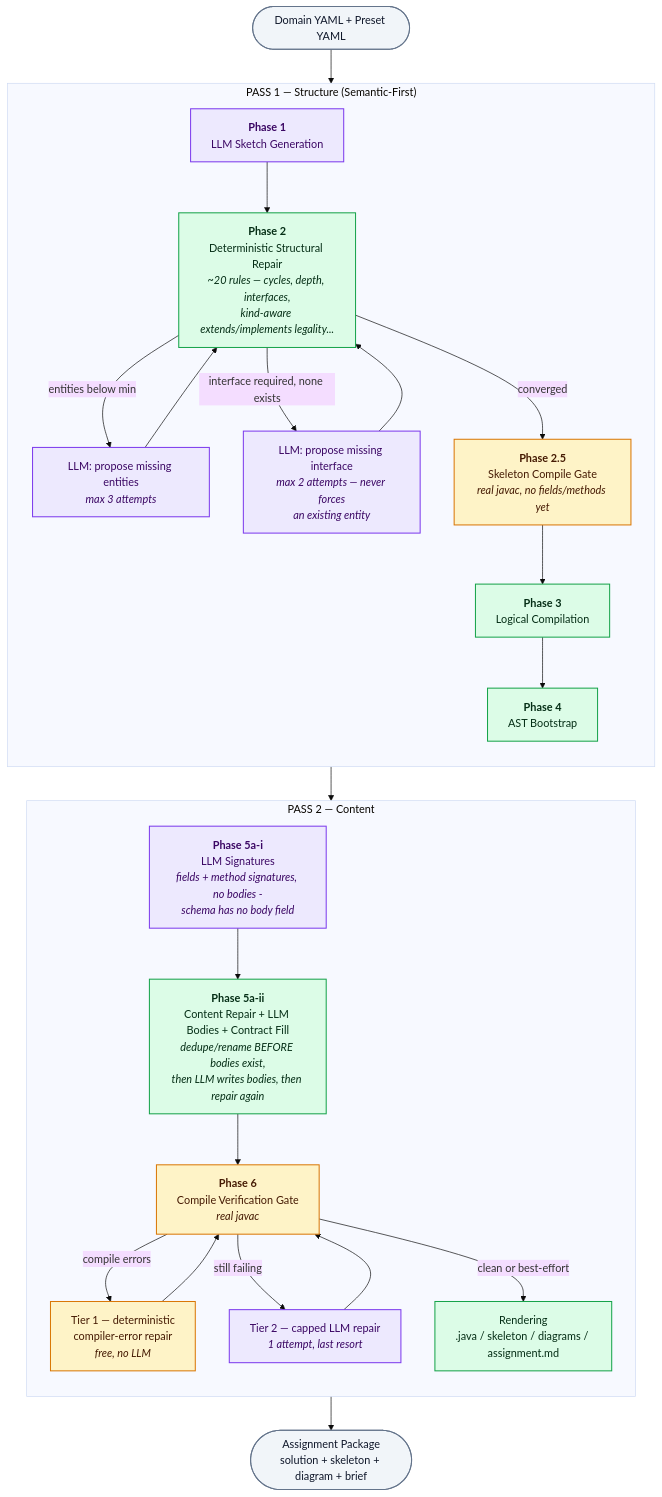
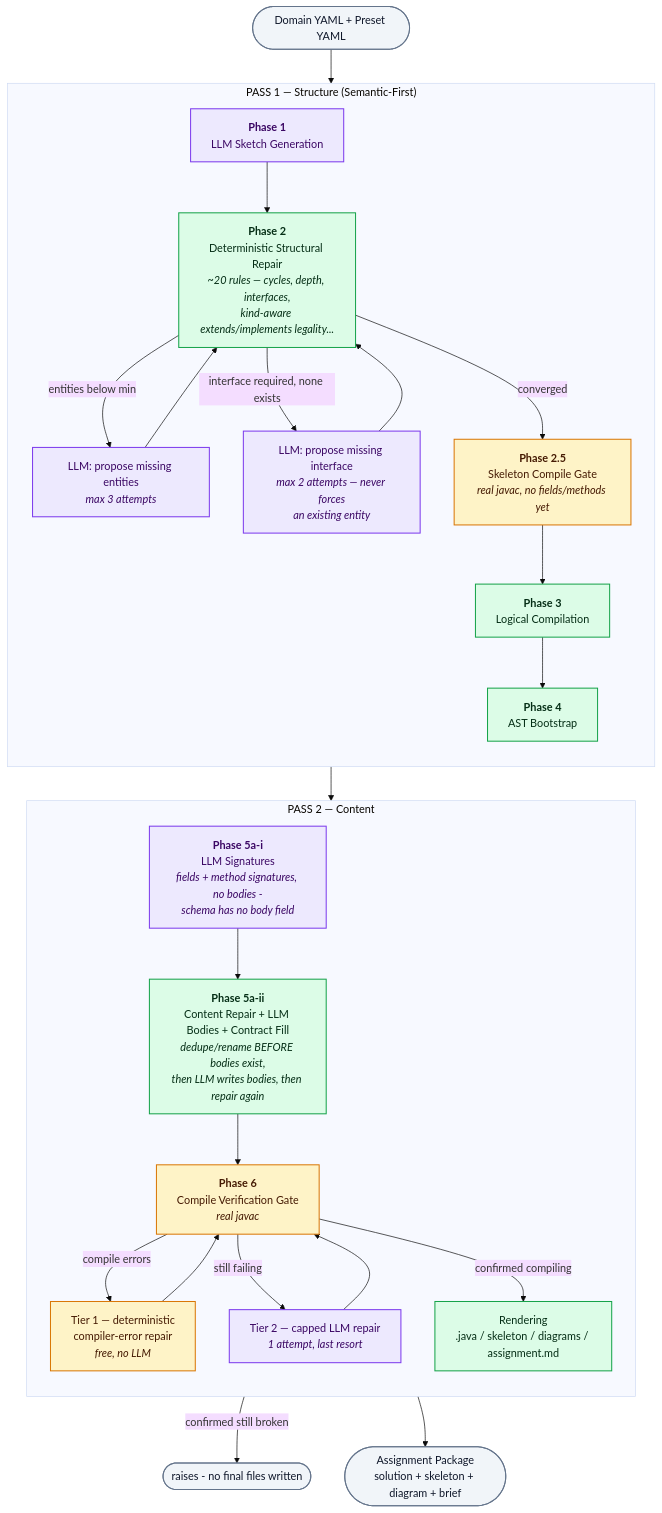
Before and after one commit to fwnguyen-kaiser/oop-assignment-generator: the diagram in README.md, drawn with Mermaid (base theme). The commit also changed other lines of this file, not shown here.

````diff
--- a/README.md
+++ b/README.md
@@ -45,47 +45,48 @@
 ```mermaid
 flowchart TD
     Start(["Domain YAML + Preset YAML"]) --> P1
 
     subgraph PASS1["PASS 1 — Structure (Semantic-First)"]
         direction TB
         P1["<b>Phase 1</b><br/>LLM Sketch Generation"]
         P2["<b>Phase 2</b><br/>Deterministic Structural Repair<br/><i>~20 rules — cycles, depth, interfaces,<br/>kind-aware extends/implements legality...</i>"]
         P25["<b>Phase 2.5</b><br/>Skeleton Compile Gate<br/><i>real javac, no fields/methods yet</i>"]
         P1b["LLM: propose missing entities<br/><i>max 3 attempts</i>"]
         P1c["LLM: propose missing interface<br/><i>max 2 attempts — never forces<br/>an existing entity</i>"]
         P3["<b>Phase 3</b><br/>Logical Compilation"]
         P4["<b>Phase 4</b><br/>AST Bootstrap"]
     end
 
     P1 --> P2
     P2 -->|entities below min| P1b --> P2
     P2 -->|interface required, none exists| P1c --> P2
     P2 -->|converged| P25 --> P3 --> P4
 
     subgraph PASS2["PASS 2 — Content"]
         direction TB
         P5ai["<b>Phase 5a-i</b><br/>LLM Signatures<br/><i>fields + method signatures, no bodies -<br/>schema has no body field</i>"]
         P5aii["<b>Phase 5a-ii</b><br/>Content Repair + LLM Bodies + Contract Fill<br/><i>dedupe/rename BEFORE bodies exist,<br/>then LLM writes bodies, then repair again</i>"]
         P6["<b>Phase 6</b><br/>Compile Verification Gate<br/><i>real javac</i>"]
         T1["Tier 1 — deterministic<br/>compiler-error repair<br/><i>free, no LLM</i>"]
         T2["Tier 2 — capped LLM repair<br/><i>1 attempt, last resort</i>"]
         P7["Rendering<br/>.java / skeleton / diagrams / assignment.md"]
     end
 
     P4 --> P5ai --> P5aii --> P6
     P6 -->|compile errors| T1 --> P6
     P6 -->|still failing| T2 --> P6
-    P6 -->|clean or best-effort| P7
+    P6 -->|confirmed compiling| P7
+    P6 -->|confirmed still broken| Refuse(["raises - no final files written"])
 
     P7 --> End(["Assignment Package<br/>solution + skeleton + diagram + brief"])
 
     classDef llm fill:#ede9fe,stroke:#7c3aed,color:#3b0764,stroke-width:1.5px;
     classDef code fill:#dcfce7,stroke:#16a34a,color:#052e16,stroke-width:1.5px;
     classDef gate fill:#fef3c7,stroke:#d97706,color:#451a03,stroke-width:1.5px;
     classDef endpoint fill:#f1f5f9,stroke:#64748b,color:#0f172a,stroke-width:1.5px;
 
     class P1,P1b,P1c,P5ai,T2 llm;
     class P2,P3,P4,P5aii,P7 code;
     class P25,P6,T1 gate;
-    class Start,End endpoint;
+    class Start,End,Refuse endpoint;
 ```
````
